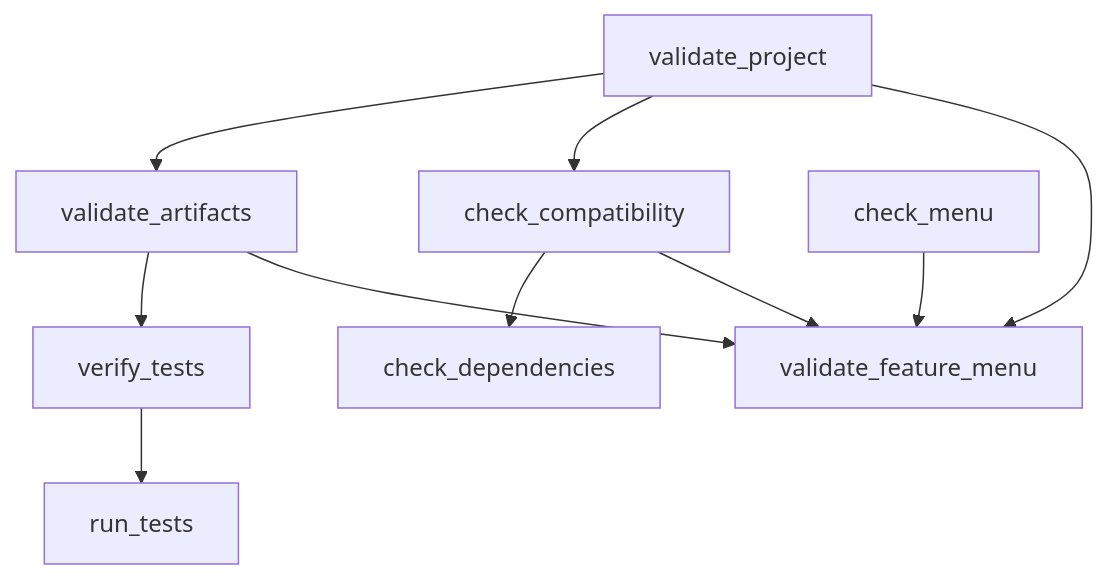
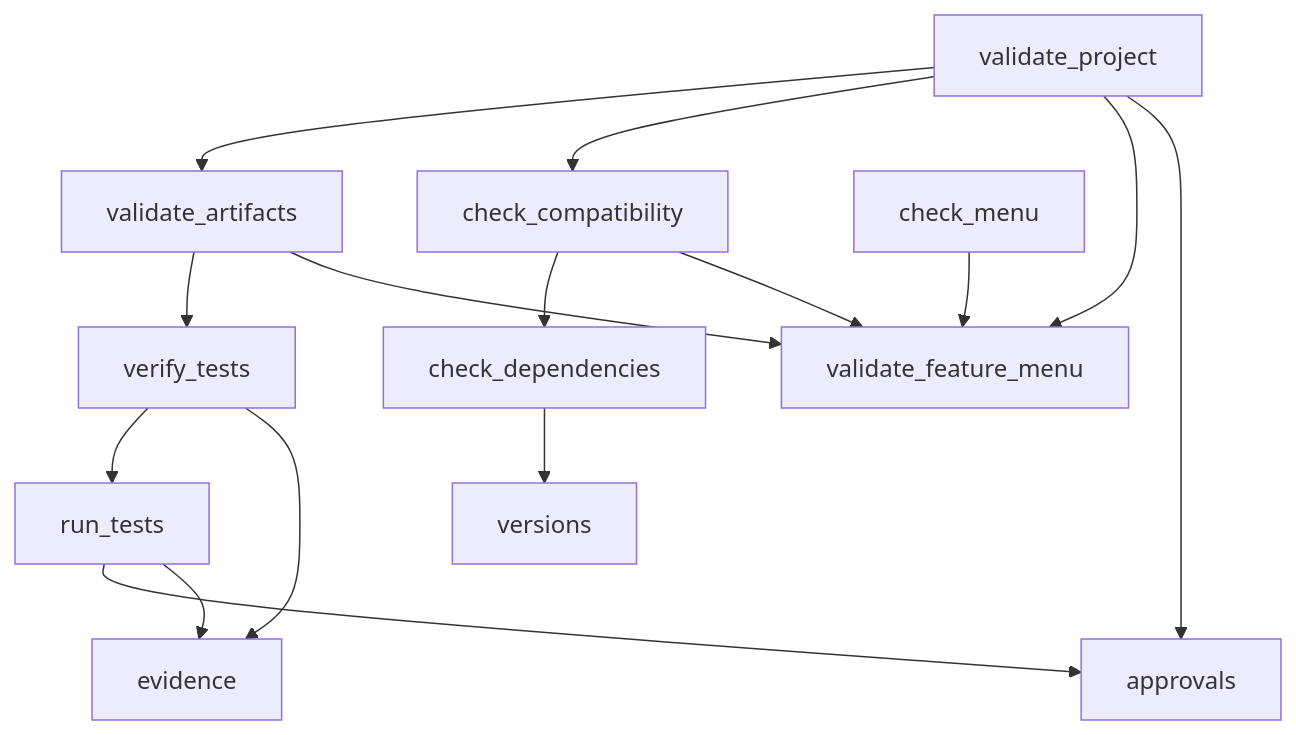
Before and after one commit to guy34/feature-mixer-skill: the diagram in docs/ARCHITECTURE.md, drawn with Mermaid. The commit also changed other lines of this file and 557 other files, not shown here.

````diff
--- a/docs/ARCHITECTURE.md
+++ b/docs/ARCHITECTURE.md
@@ -54,12 +57,17 @@
 ```mermaid
 graph TD
   validate_project --> validate_artifacts
   validate_project --> check_compatibility
   validate_project --> validate_feature_menu
   validate_artifacts --> verify_tests
   validate_artifacts --> validate_feature_menu
   verify_tests --> run_tests
+  verify_tests --> evidence
+  run_tests --> approvals
+  run_tests --> evidence
+  validate_project --> approvals
+  check_dependencies --> versions
   check_compatibility --> check_dependencies
   check_compatibility --> validate_feature_menu
   check_menu --> validate_feature_menu
 ```
````
